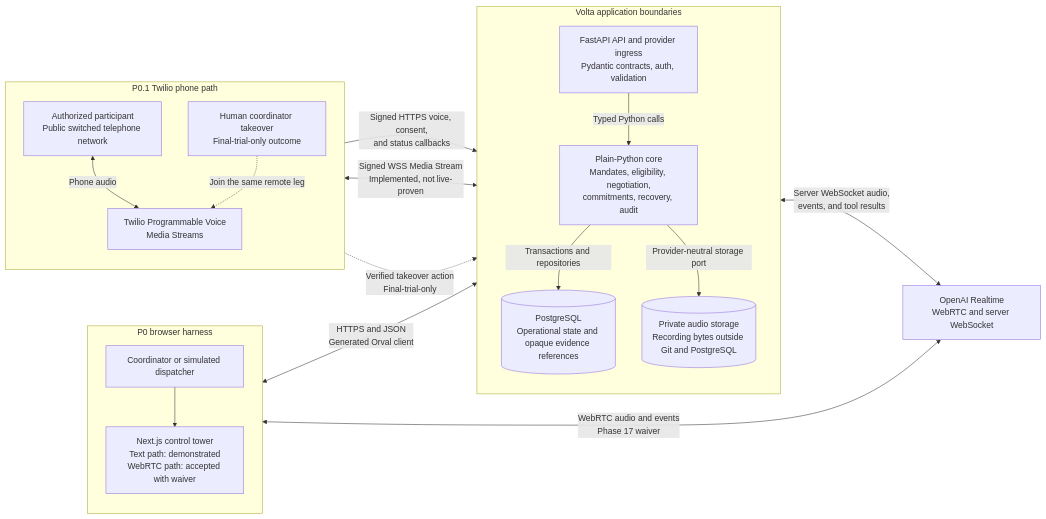
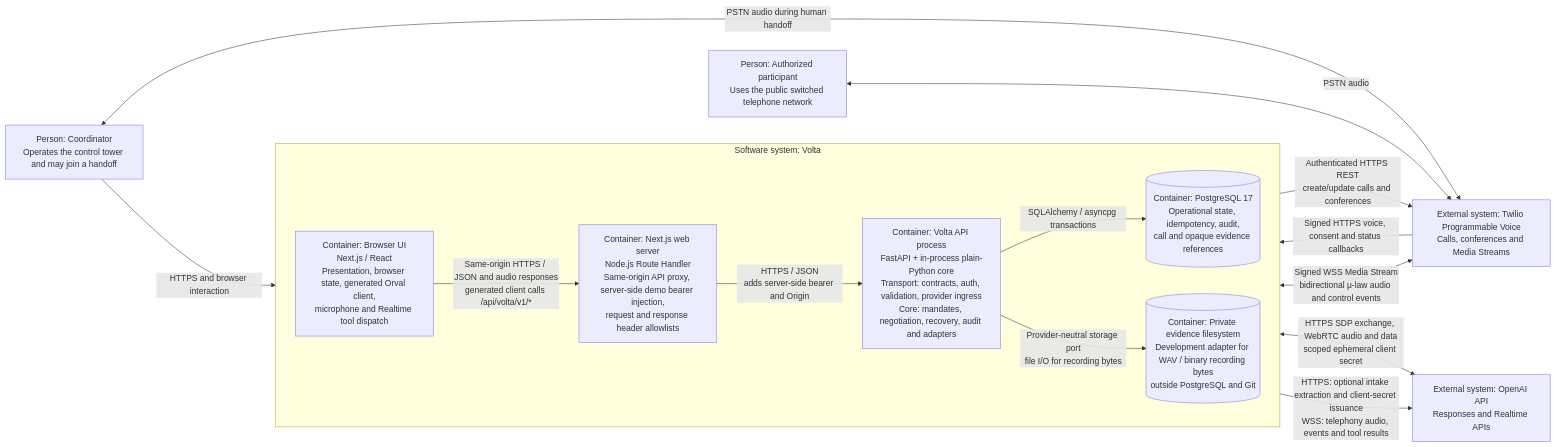
The diagram in docs/architecture.md (rmcosta-lab/yuno-kickstart), drawn with Mermaid before and after one commit. The commit also changed other lines of this file, not shown here.

Commit message:
Document Volta C4 container architecture

````diff
--- a/docs/architecture.md
+++ b/docs/architecture.md
@@ -9,38 +10,32 @@
 ```mermaid
 flowchart LR
-    subgraph p0["P0 browser harness"]
-        direction TB
-        operator["Coordinator or simulated dispatcher"]
-        browser["Next.js control tower<br/>Text path: demonstrated<br/>WebRTC path: accepted with waiver"]
-        operator --> browser
+    coordinator["Person: Coordinator<br/>Operates the control tower and may join a handoff"]
+    participant["Person: Authorized participant<br/>Uses the public switched telephone network"]
+
+    subgraph volta["Software system: Volta"]
+        direction LR
+        web["Container: Browser UI<br/>Next.js / React<br/>Presentation, browser state, generated Orval client,<br/>microphone and Realtime tool dispatch"]
+        proxy["Container: Next.js web server<br/>Node.js Route Handler<br/>Same-origin API proxy, server-side demo bearer injection,<br/>request and response header allowlists"]
+        server["Container: Volta API process<br/>FastAPI + in-process plain-Python core<br/>Transport: contracts, auth, validation, provider ingress<br/>Core: mandates, negotiation, recovery, audit and adapters"]
+        postgres[("Container: PostgreSQL 17<br/>Operational state, idempotency, audit,<br/>call and opaque evidence references")]
+        evidence[("Container: Private evidence filesystem<br/>Development adapter for WAV / binary recording bytes<br/>outside PostgreSQL and Git")]
+
+        web -->|"Same-origin HTTPS / JSON and audio responses<br/>generated client calls /api/volta/v1/*"| proxy
+        proxy -->|"HTTPS / JSON<br/>adds server-side bearer and Origin"| server
+        server -->|"SQLAlchemy / asyncpg transactions"| postgres
+        server -->|"Provider-neutral storage port<br/>file I/O for recording bytes"| evidence
     end
 
-    subgraph app["Volta application boundaries"]
-        direction TB
-        api["FastAPI API and provider ingress<br/>Pydantic contracts, auth, validation"]
-        core["Plain-Python core<br/>Mandates, eligibility, negotiation,<br/>commitments, recovery, audit"]
-        postgres[("PostgreSQL<br/>Operational state and opaque evidence references")]
-        audio[("Private audio storage<br/>Recording bytes outside Git and PostgreSQL")]
-        api -->|"Typed Python calls"| core
-        core -->|"Transactions and repositories"| postgres
-        core -->|"Provider-neutral storage port"| audio
-    end
+    openai["External system: OpenAI API<br/>Responses and Realtime APIs"]
+    twilio["External system: Twilio Programmable Voice<br/>Calls, conferences and Media Streams"]
 
-    realtime["OpenAI Realtime<br/>WebRTC and server WebSocket"]
+    coordinator -->|"HTTPS and browser interaction"| web
+    coordinator <-->|"PSTN audio during human handoff"| twilio
+    participant <-->|"PSTN audio"| twilio
 
-    subgraph p01["P0.1 Twilio phone path"]
-        direction TB
-        participant["Authorized participant<br/>Public switched telephone network"]
-        twilio["Twilio Programmable Voice<br/>Media Streams"]
-        takeover["Human coordinator takeover<br/>Final-trial-only outcome"]
-        participant <-->|"Phone audio"| twilio
-        takeover -.->|"Join the same remote leg"| twilio
-    end
-
-    browser <-->|"HTTPS and JSON<br/>Generated Orval client"| api
-    browser <-->|"WebRTC audio and events<br/>Phase 17 waiver"| realtime
-    twilio -->|"Signed HTTPS voice, consent,<br/>and status callbacks"| api
-    twilio <-->|"Signed WSS Media Stream<br/>Implemented, not live-proven"| api
-    api <-->|"Server WebSocket audio,<br/>events, and tool results"| realtime
-    takeover -.->|"Verified takeover action<br/>Final-trial-only"| api
+    web <-->|"HTTPS SDP exchange, WebRTC audio and data<br/>scoped ephemeral client secret"| openai
+    server -->|"HTTPS: optional intake extraction and client-secret issuance<br/>WSS: telephony audio, events and tool results"| openai
+    server -->|"Authenticated HTTPS REST<br/>create/update calls and conferences"| twilio
+    twilio -->|"Signed HTTPS voice, consent and status callbacks"| server
+    twilio <-->|"Signed WSS Media Stream<br/>bidirectional μ-law audio and control events"| server
 ```
````
